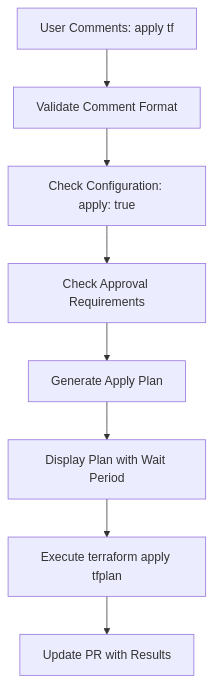
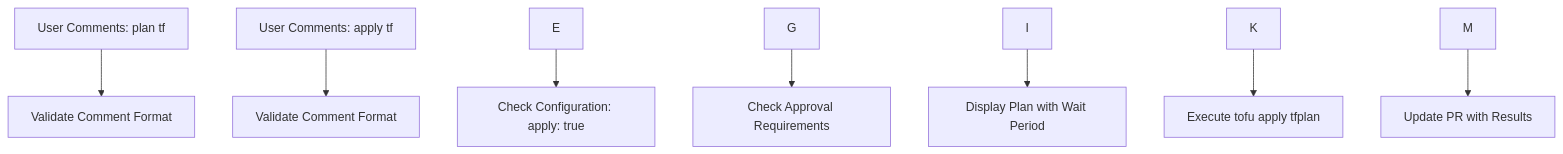
Before and after one commit to config0-hub/iac-ci: the second of 3 diagrams in DETAILS_COMMON_FLOW.md, drawn with Mermaid. The commit also changed other lines of this file and 2 other files, not shown here.

````diff
--- a/DETAILS_COMMON_FLOW.md
+++ b/DETAILS_COMMON_FLOW.md
@@ -114,10 +111,10 @@
 ```mermaid
 graph TD
-    A[User Comments: apply tf <check_string>] --> B[Validate Comment Format]
-    B --> C[Check Configuration: apply: true]
-    C --> D[Check Approval Requirements]
-    D --> E[Generate Apply Plan]
-    E --> F[Display Plan with Wait Period]
-    F --> G[Execute terraform apply tfplan]
-    G --> H[Update PR with Results]
+    A[User Comments: plan tf] --> B[Validate Comment Format]
+    C[User Comments: apply tf] --> D[Validate Comment Format]
+    E --> F[Check Configuration: apply: true]
+    G --> H[Check Approval Requirements]
+    I --> J[Display Plan with Wait Period]
+    K --> L[Execute tofu apply tfplan]
+    M --> N[Update PR with Results]
 ```
````
